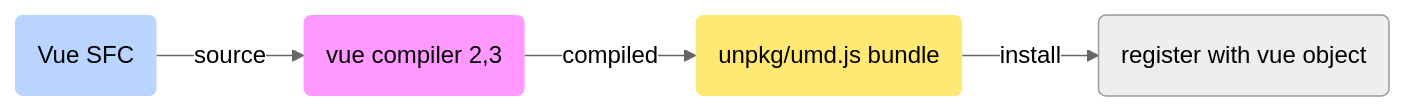
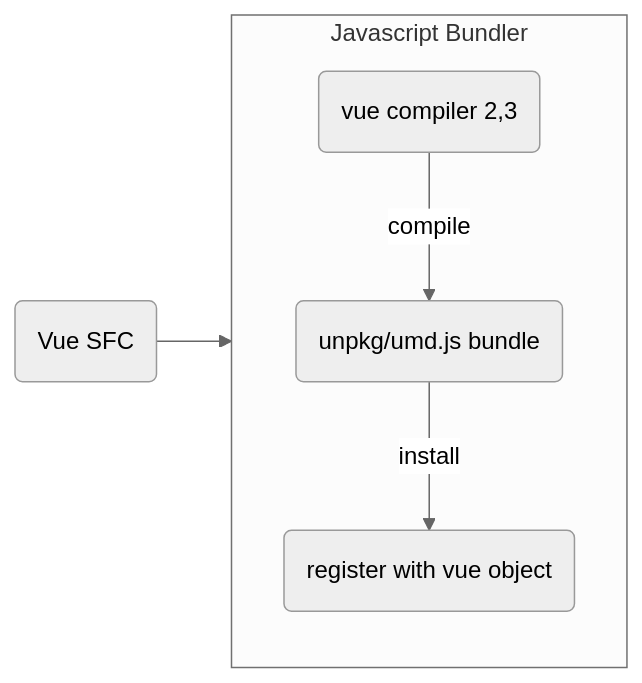
The second of 2 diagrams in content/tools/npm.md (avimehenwal/mydocs), drawn with Mermaid (neutral theme) before and after one commit. The commit also changed other lines of this file and 3 other files, not shown here.

````diff
--- a/content/tools/npm.md
+++ b/content/tools/npm.md
@@ -112,11 +127,11 @@
 ```mermaid
-graph LR
+flowchart LR
 A(Vue SFC):::blue
-B(vue compiler 2,3):::purple
-C(unpkg/umd.js bundle):::yellow
-D(register with vue object)
-A -- source--> B -- compiled --> C -- install --> D
-classDef yellow fill:#FFE873,stroke-width:0px;
-classDef blue fill:#b8d4ff,stroke-width:0px;
-classDef purple fill:#f9f,stroke:#333,stroke-width:0px;
+subgraph sb1 [Javascript Bundler]
+  B(vue compiler 2,3):::purple
+  C(unpkg/umd.js bundle):::yellow
+  D(register with vue object):::orange
+  B -- compile --> C -- install --> D
+end
+A --> sb1
 ```
````
